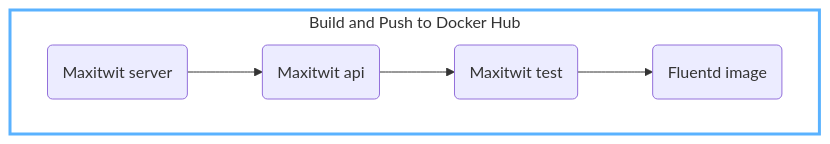
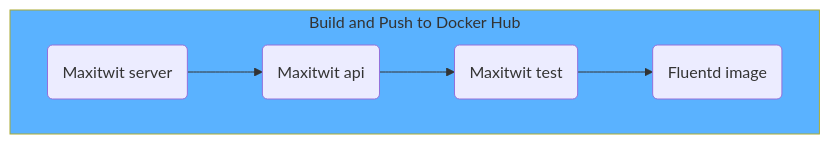
The eighth of 10 diagrams in report/report.md (DevOps-2024-group-p/maxitwit), drawn with Mermaid before and after one commit. The commit also changed other lines of this file, not shown here.

````diff
--- a/report/report.md
+++ b/report/report.md
@@ -233,10 +235,10 @@
 ```mermaid
 flowchart TB
     subgraph B["Build and Push to Docker Hub"]
         id0("Maxitwit server")-->id1("Maxitwit api")
         id1-->id2("Maxitwit test")
         id2-->id3("Fluentd image") 
     end
 
-    style B stroke:#5AB2FF, stroke-width:3px, fill:#FFFFFF
+    style B fill:#5AB2FF
 ```
````
